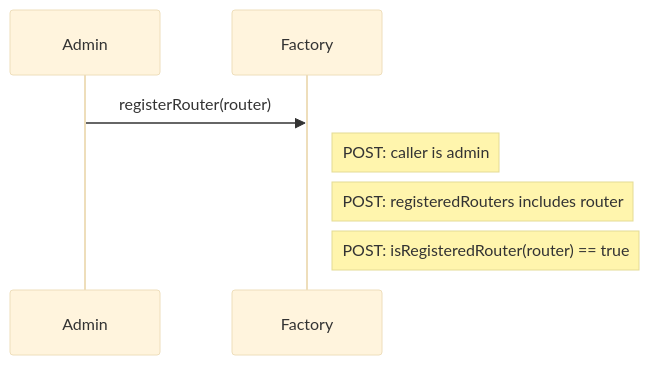
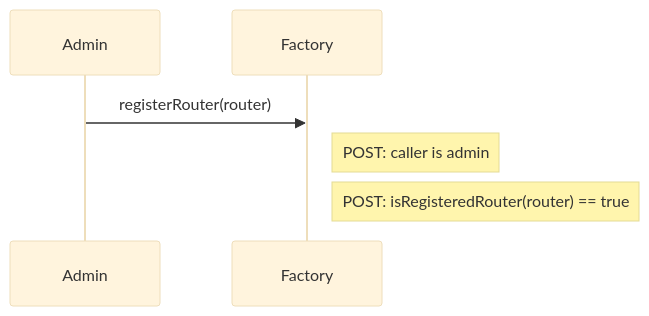
Diagram 20 of 22 in docs/architecture/call-diagrams.md (evgenynacu/leverage-vaults), drawn with Mermaid (base theme) before and after one commit. The commit also changed other lines of this file and 18 other files, not shown here.

````diff
--- a/docs/architecture/call-diagrams.md
+++ b/docs/architecture/call-diagrams.md
@@ -360,7 +369,6 @@
 ```mermaid
 sequenceDiagram
     Admin->>Factory: registerRouter(router)
     note right of Factory: POST: caller is admin
-    note right of Factory: POST: registeredRouters includes router
     note right of Factory: POST: isRegisteredRouter(router) == true
 ```
````
